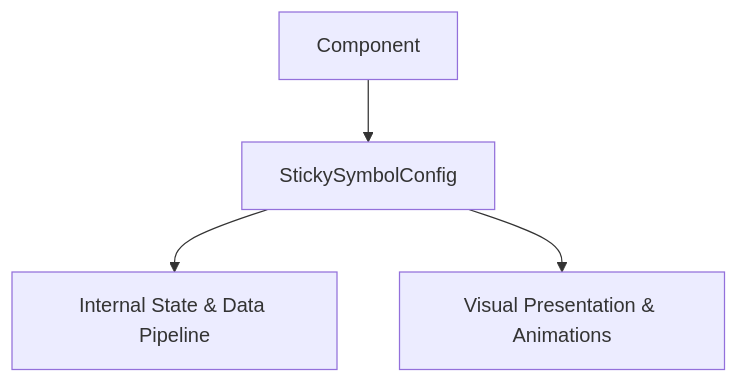
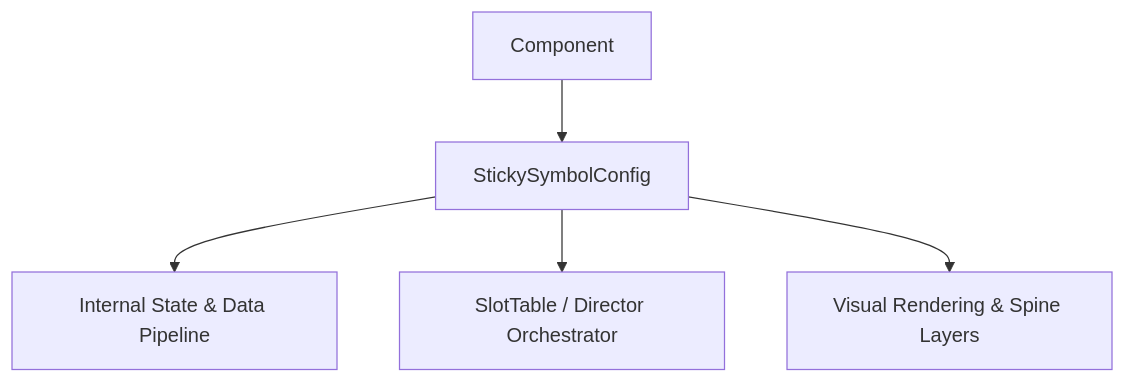
The diagram in docs/cc_slot_mechanics/modules/StickySymbolConfig/01_overview/01_architecture_and_role.md (lam-ark/mcp-fwcc), drawn with Mermaid before and after one commit. The commit also changed other lines of this file and 2509 other files, not shown here.

````diff
--- a/docs/cc_slot_mechanics/modules/StickySymbolConfig/01_overview/01_architecture_and_role.md
+++ b/docs/cc_slot_mechanics/modules/StickySymbolConfig/01_overview/01_architecture_and_role.md
@@ -18,6 +24,7 @@
 ```mermaid
 graph TD
-    Parent[Component] --> Mod[StickySymbolConfig]
-    Mod --> State[Internal State & Data Pipeline]
-    Mod --> Render[Visual Presentation & Animations]
+    SuperClass[Component] --> TargetClass[StickySymbolConfig]
+    TargetClass --> DataPipeline[Internal State & Data Pipeline]
+    TargetClass --> Orchestrator[SlotTable / Director Orchestrator]
+    TargetClass --> ViewLayer[Visual Rendering & Spine Layers]
 ```
````
